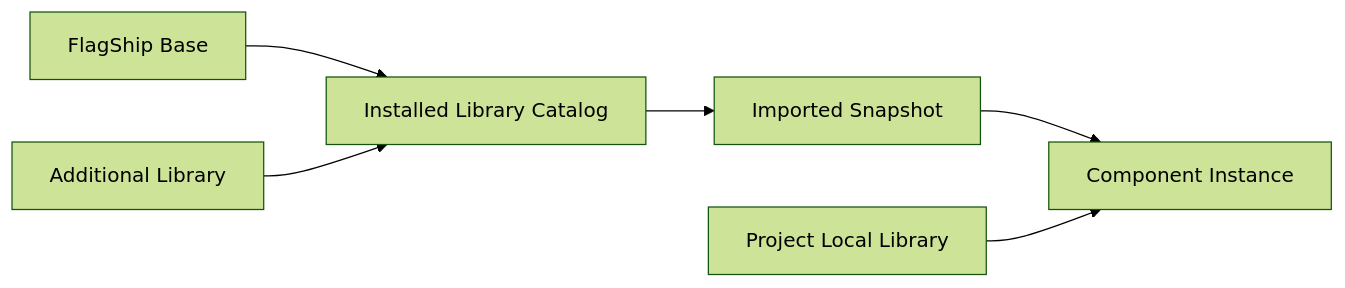
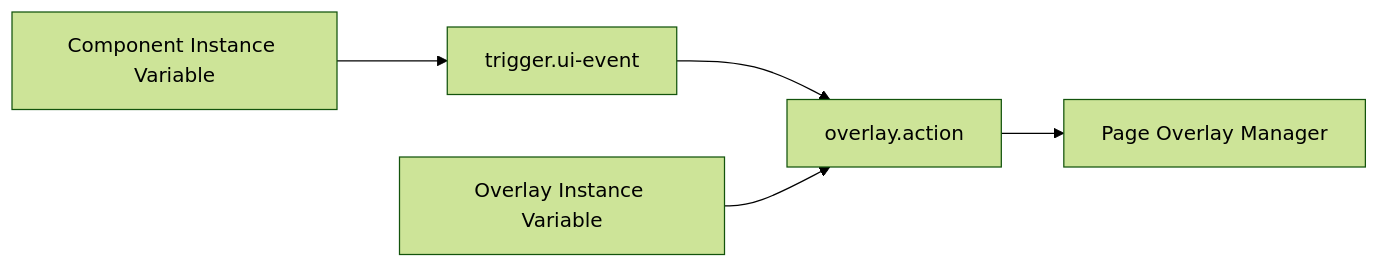
The second of 3 diagrams in docs/architecture/05-ui-and-responsive-model.md (northwest-hcu/FlagShip), drawn with Mermaid (forest theme) before and after one commit. The commit also changed other lines of this file and 52 other files, not shown here.

````diff
--- a/docs/architecture/05-ui-and-responsive-model.md
+++ b/docs/architecture/05-ui-and-responsive-model.md
@@ -97,8 +166,7 @@
 ```mermaid
 flowchart LR
-    Base["FlagShip Base"] --> Catalog["Installed Library Catalog"]
-    Public["Additional Library"] --> Catalog
-    Catalog --> Imported["Imported Snapshot"]
-    Imported --> Instance["Component Instance"]
-    Local["Project Local Library"] --> Instance
+    ButtonVariable["Component Instance Variable"] --> Trigger["trigger.ui-event"]
+    Trigger --> Action["overlay.action"]
+    OverlayVariable["Overlay Instance Variable"] --> Action
+    Action --> Manager["Page Overlay Manager"]
 ```
````
